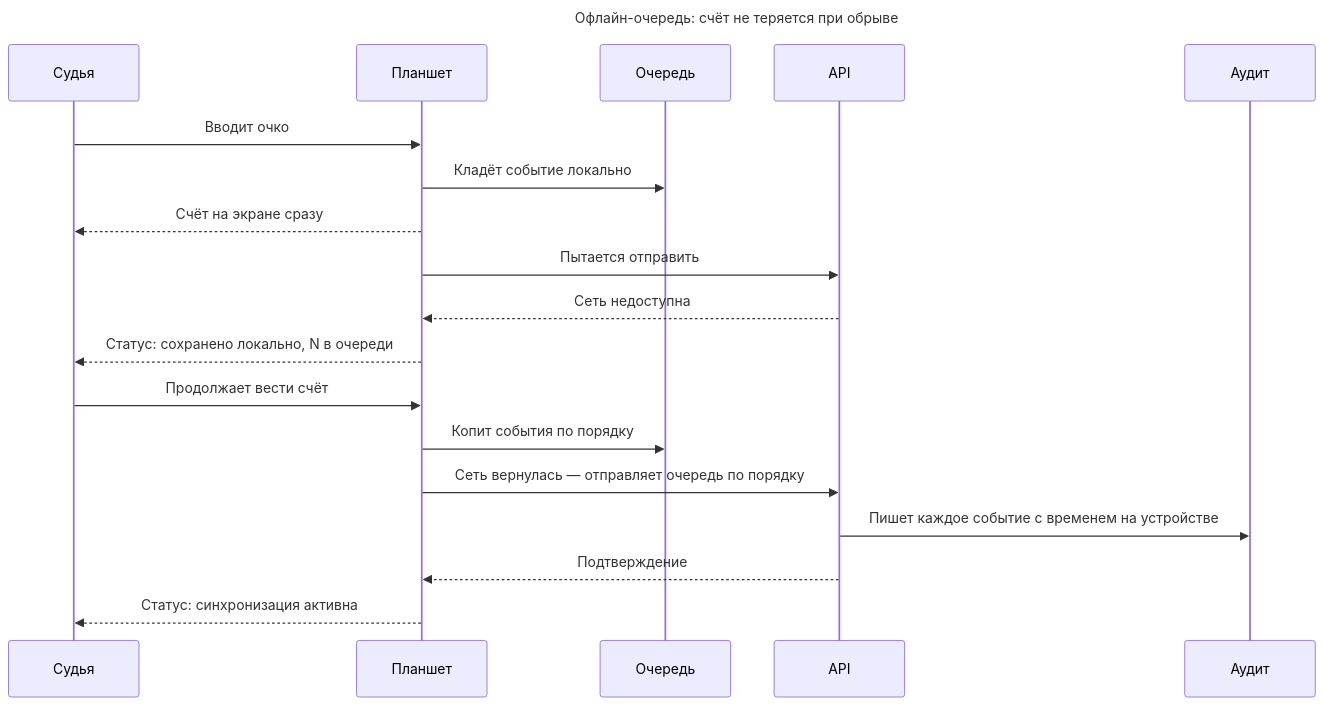
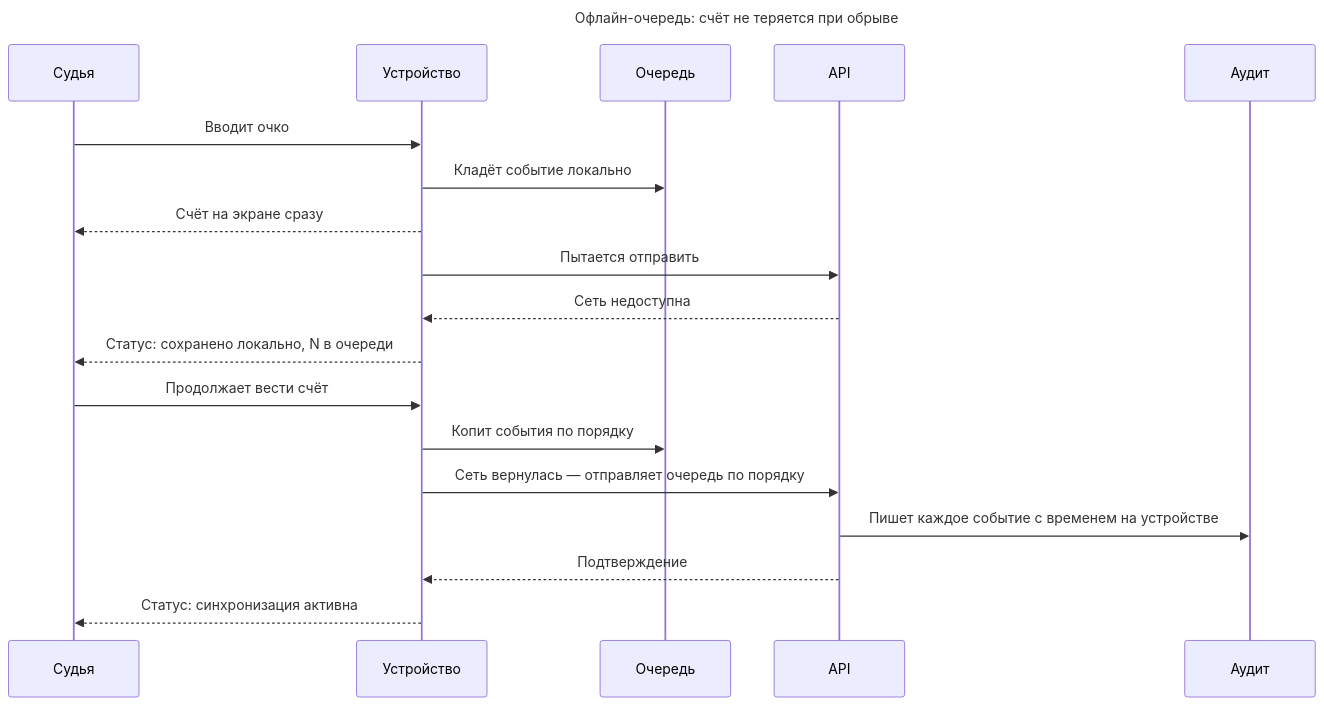
One commit to AssylanAkhanuly/tt_tournament changed the second of 3 diagrams in ARCHITECTURE.md. Above: the diagram before and after it, drawn with Mermaid. The commit also changed other lines of this file and 23 other files, not shown here.

First line of the commit message:
docs: привести архитектуру и user flow в соответствие с финальным ТЗ

````diff
--- a/ARCHITECTURE.md
+++ b/ARCHITECTURE.md
@@ -132,24 +144,24 @@
 ```mermaid
 sequenceDiagram
     title Офлайн-очередь: счёт не теряется при обрыве
     participant Судья
-    participant Планшет
+    participant Устройство
     participant Очередь
     participant API
     participant Аудит
 
-    Судья->>Планшет: Вводит очко
-    Планшет->>Очередь: Кладёт событие локально
-    Планшет-->>Судья: Счёт на экране сразу
-    Планшет->>API: Пытается отправить
-    API-->>Планшет: Сеть недоступна
-    Планшет-->>Судья: Статус: сохранено локально, N в очереди
+    Судья->>Устройство: Вводит очко
+    Устройство->>Очередь: Кладёт событие локально
+    Устройство-->>Судья: Счёт на экране сразу
+    Устройство->>API: Пытается отправить
+    API-->>Устройство: Сеть недоступна
+    Устройство-->>Судья: Статус: сохранено локально, N в очереди
 
-    Судья->>Планшет: Продолжает вести счёт
-    Планшет->>Очередь: Копит события по порядку
+    Судья->>Устройство: Продолжает вести счёт
+    Устройство->>Очередь: Копит события по порядку
 
-    Планшет->>API: Сеть вернулась — отправляет очередь по порядку
+    Устройство->>API: Сеть вернулась — отправляет очередь по порядку
     API->>Аудит: Пишет каждое событие с временем на устройстве
-    API-->>Планшет: Подтверждение
-    Планшет-->>Судья: Статус: синхронизация активна
+    API-->>Устройство: Подтверждение
+    Устройство-->>Судья: Статус: синхронизация активна
 ```
````
